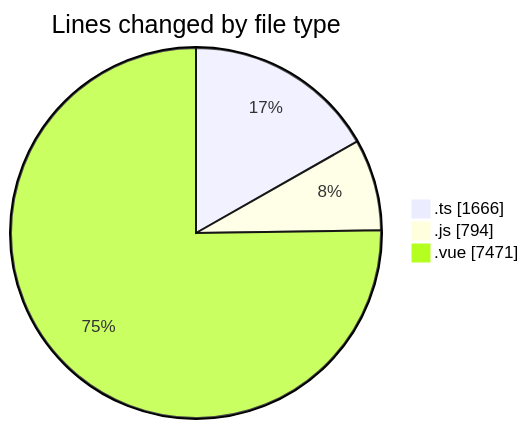
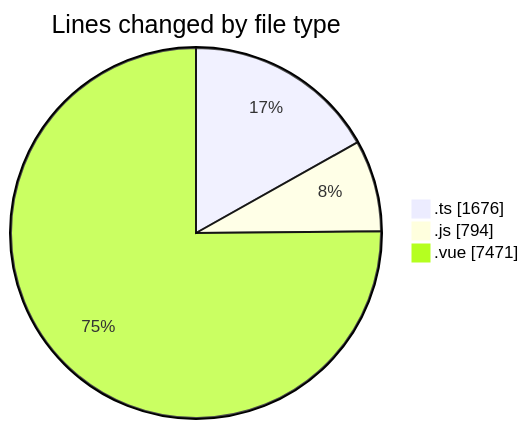
The first of 2 diagrams in 2025-08-16/rentotp/README.md (lephambinh05/code-tracking), drawn with Mermaid before and after one commit. The commit also changed other lines of this file and 1 other file, not shown here.

````diff
--- a/2025-08-16/rentotp/README.md
+++ b/2025-08-16/rentotp/README.md
@@ -45,7 +45,7 @@
 ```mermaid
 pie showData
 title Lines changed by file type
-".ts" : 1666
+".ts" : 1676
 ".js" : 794
 ".vue" : 7471
 ```
````
